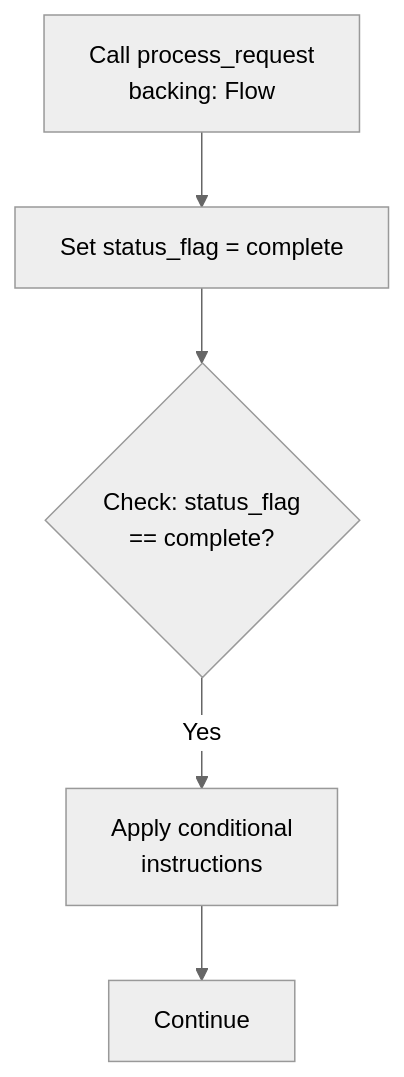
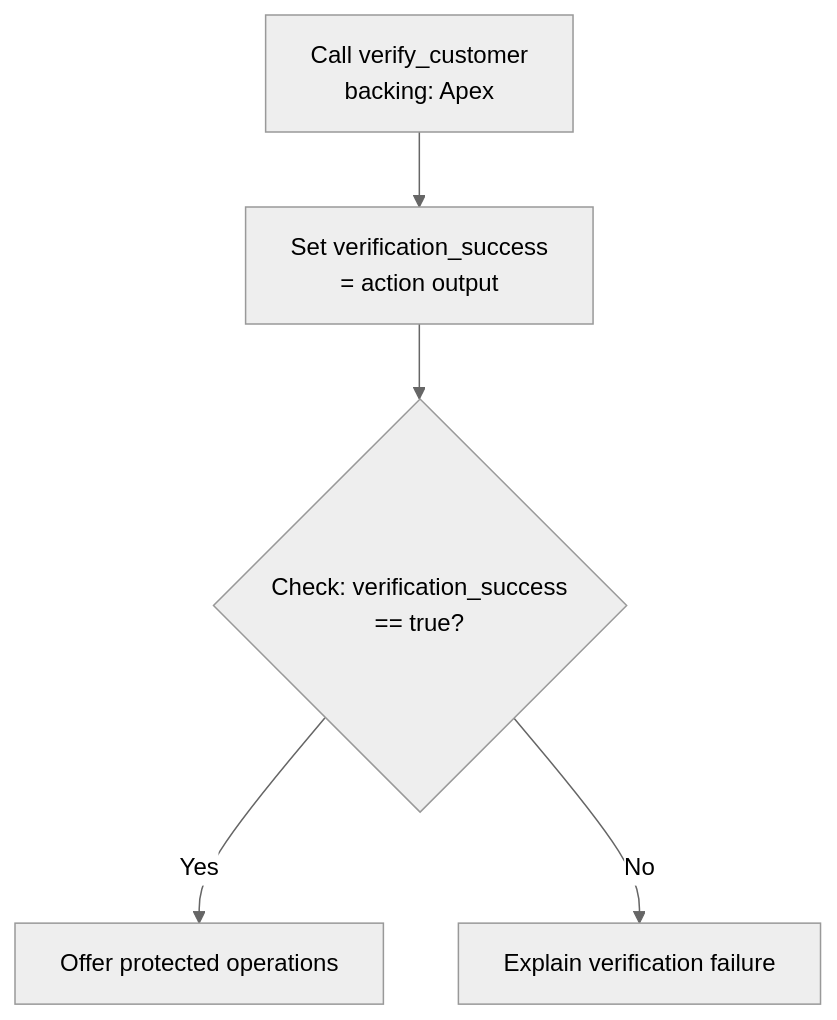
One commit to gabrielmoreira/agent-skills-mirror changed the ninth of 12 diagrams in mirrors/repos/forcedotcom@sf-skills/skills/agentforce-generate/references/agent-subagent-map-diagrams.md. Above: the diagram before and after it, drawn with Mermaid. The commit also changed other lines of this file and 6617 other files, not shown here.

````diff
--- a/mirrors/repos/forcedotcom@sf-skills/skills/agentforce-generate/references/agent-subagent-map-diagrams.md
+++ b/mirrors/repos/forcedotcom@sf-skills/skills/agentforce-generate/references/agent-subagent-map-diagrams.md
@@ -173,9 +182,9 @@
 ```mermaid
 %%{init: {'theme':'neutral'}}%%
 graph TD
-    A[Call process_request<br/>backing: Flow]
-    A --> B[Set status_flag = complete]
-    B --> C{Check: status_flag<br/>== complete?}
-    C -->|Yes| D[Apply conditional<br/>instructions]
-    D --> E[Continue]
+    A[Call verify_customer<br/>backing: Apex]
+    A --> B[Set verification_success<br/>= action output]
+    B --> C{Check: verification_success<br/>== true?}
+    C -->|Yes| D[Offer protected operations]
+    C -->|No| E[Explain verification failure]
 ```
````
